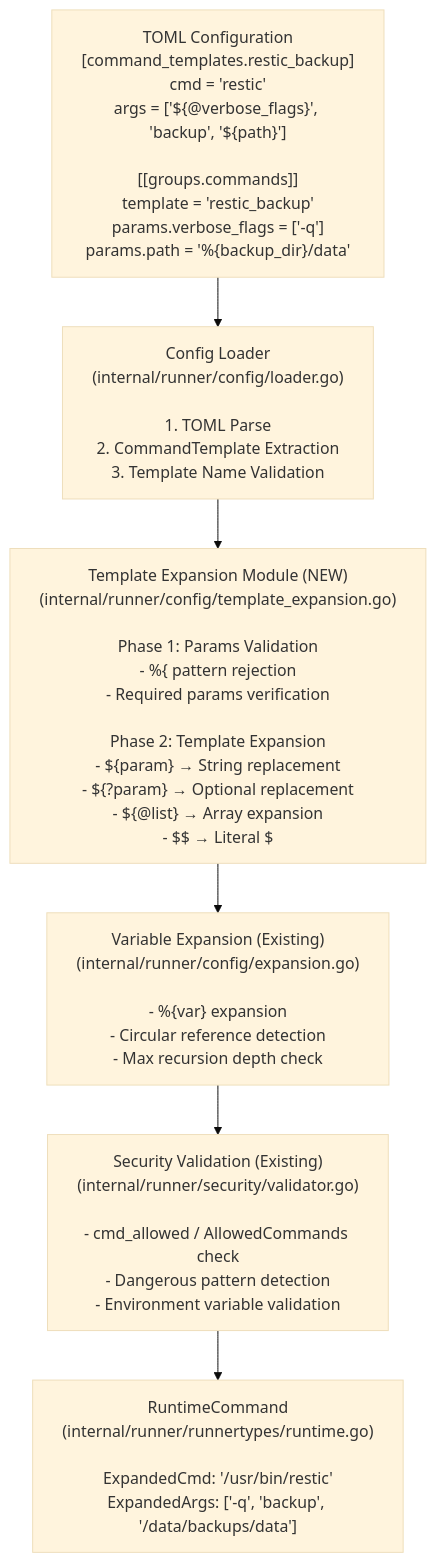
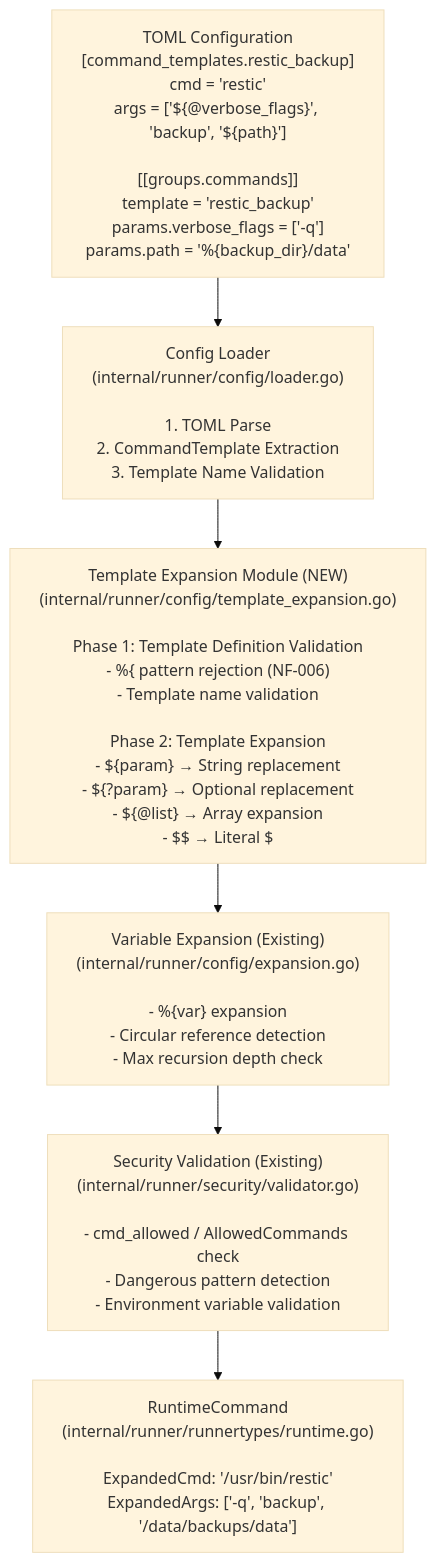
Before and after one commit to isseis/go-safe-cmd-runner: the first of 11 diagrams in docs/tasks/0062_command_templates/02_architecture.md, drawn with Mermaid (base theme). The commit also changed other lines of this file and 2 other files, not shown here.

First line of the commit message:
Enforce NF-006: disallow %{ variable references in template definitions

````diff
--- a/docs/tasks/0062_command_templates/02_architecture.md
+++ b/docs/tasks/0062_command_templates/02_architecture.md
@@ -20,15 +20,15 @@
 ```mermaid
 graph TD
     A["TOML Configuration<br/>[command_templates.restic_backup]<br/>cmd = 'restic'<br/>args = ['${@verbose_flags}', 'backup', '${path}']<br/><br/>[[groups.commands]]<br/>template = 'restic_backup'<br/>params.verbose_flags = ['-q']<br/>params.path = '%{backup_dir}/data'"]
     B["Config Loader<br/>(internal/runner/config/loader.go)<br/><br/>1. TOML Parse<br/>2. CommandTemplate Extraction<br/>3. Template Name Validation"]
-    C["Template Expansion Module (NEW)<br/>(internal/runner/config/template_expansion.go)<br/><br/>Phase 1: Params Validation<br/>- %{ pattern rejection<br/>- Required params verification<br/><br/>Phase 2: Template Expansion<br/>- ${param} → String replacement<br/>- ${?param} → Optional replacement<br/>- ${@list} → Array expansion<br/>- $$ → Literal $"]
+    C["Template Expansion Module (NEW)<br/>(internal/runner/config/template_expansion.go)<br/><br/>Phase 1: Template Definition Validation<br/>- %{ pattern rejection (NF-006)<br/>- Template name validation<br/><br/>Phase 2: Template Expansion<br/>- ${param} → String replacement<br/>- ${?param} → Optional replacement<br/>- ${@list} → Array expansion<br/>- $$ → Literal $"]
     D["Variable Expansion (Existing)<br/>(internal/runner/config/expansion.go)<br/><br/>- %{var} expansion<br/>- Circular reference detection<br/>- Max recursion depth check"]
     E["Security Validation (Existing)<br/>(internal/runner/security/validator.go)<br/><br/>- cmd_allowed / AllowedCommands check<br/>- Dangerous pattern detection<br/>- Environment variable validation"]
     F["RuntimeCommand<br/>(internal/runner/runnertypes/runtime.go)<br/><br/>ExpandedCmd: '/usr/bin/restic'<br/>ExpandedArgs: ['-q', 'backup', '/data/backups/data']"]
 
     A --> B
     B --> C
     C --> D
     D --> E
     E --> F
 ```
````
